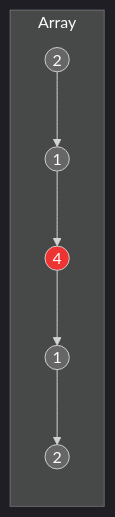
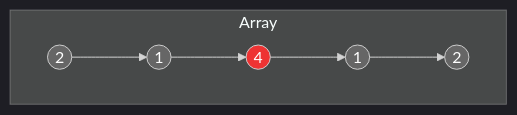
The eighth of 10 diagrams in Problem-Solving Patterns.md (ma7moudalysalem/Problem-Solving-Patterns), drawn with Mermaid before and after one commit. The commit also changed other lines of this file, not shown here.

````diff
--- a/Problem-Solving Patterns.md
+++ b/Problem-Solving Patterns.md
@@ -451,9 +446,9 @@
 ```mermaid
 %%{init: {'theme': 'dark'}}%%
-flowchart LR
+flowchart 
     subgraph Array
         a((2)):::pair --> b((1)):::pair --> c((4)):::unique --> d((1)):::pair --> e((2)):::pair
     end
     classDef pair fill:#666, color:#FFF;
     classDef unique fill:#E33, color:#FFF;
 ```
````
